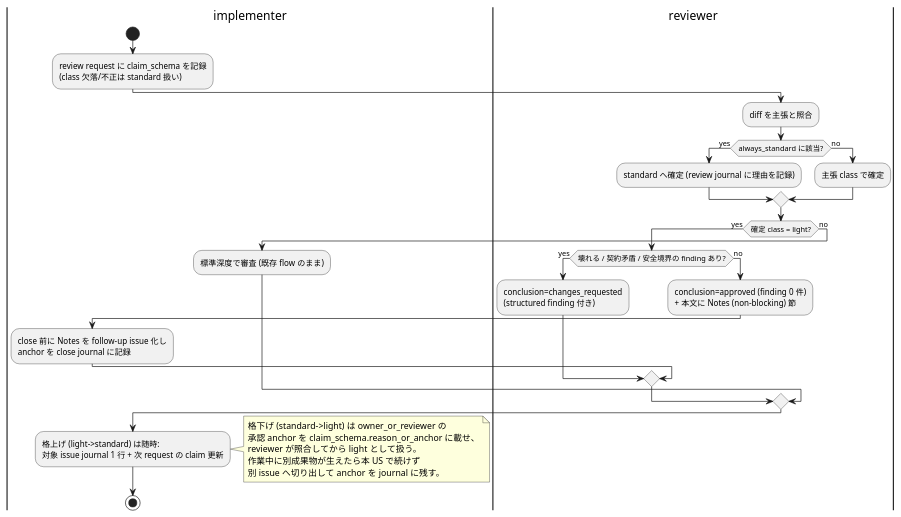
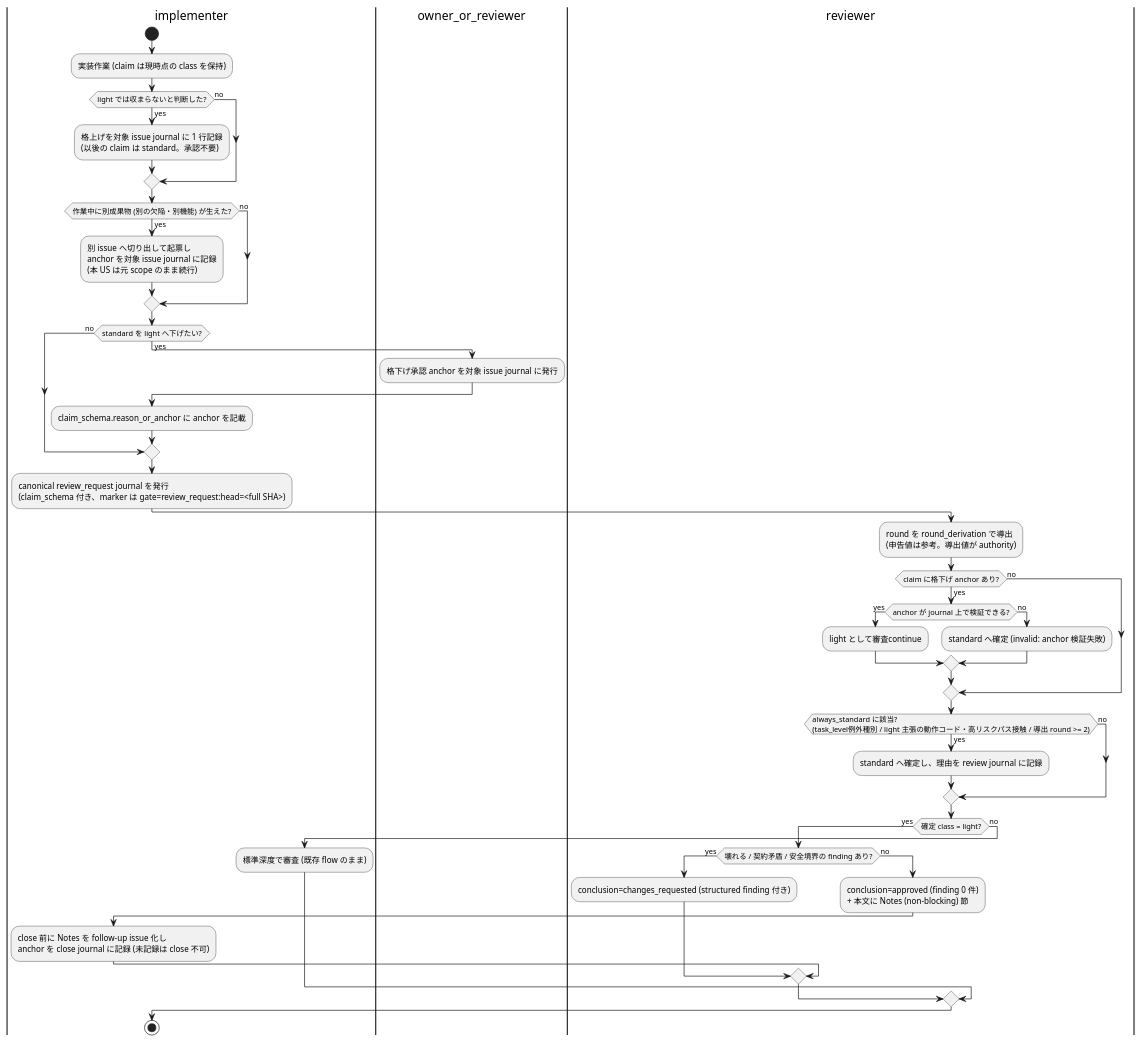
Before and after one commit to hollySizzle/mozyo_bridge: the diagram in vibes/docs/rules/agent-workflow.md, drawn with PlantUML. The commit also changed other lines of this file, not shown here.

Commit message:
issue_15547 R3: ordered reclassification branches and derived round authority
Review j#106438: escalation is now a mid-work decision branch (not an
unconditional post-review step), derivative split-out and de-escalation
are activities with their actors — the approval anchor is issued in the
owner_or_reviewer lane, cited in the claim, verified by the reviewer,
and verification failure lands on standard — and the round is no longer
self-claimed: the schema gains a round_derivation the reviewer executes
over the canonical request/result marker chain, with the derived value
overriding the claimed one. The R3 review request itself moves to the
canonical gate-marker producer, which this correction round adopts for
all future requests.

Refs: Redmine #15547
issue_15547

````diff
--- a/vibes/docs/rules/agent-workflow.md
+++ b/vibes/docs/rules/agent-workflow.md
@@ -244,40 +250,49 @@
 ```plantuml
 @startuml
 |implementer|
 start
-:review request に claim_schema を記録
-(class 欠落/不正は standard 扱い);
+:実装作業 (claim は現時点の class を保持);
+if (light では収まらないと判断した?) then (yes)
+  :格上げを対象 issue journal に 1 行記録\n(以後の claim は standard。承認不要);
+else (no)
+endif
+if (作業中に別成果物 (別の欠陥・別機能) が生えた?) then (yes)
+  :別 issue へ切り出して起票し\nanchor を対象 issue journal に記録\n(本 US は元 scope のまま続行);
+else (no)
+endif
+if (standard を light へ下げたい?) then (yes)
+  |owner_or_reviewer|
+  :格下げ承認 anchor を対象 issue journal に発行;
+  |implementer|
+  :claim_schema.reason_or_anchor に anchor を記載;
+else (no)
+endif
+:canonical review_request journal を発行\n(claim_schema 付き、marker は gate=review_request:head=<full SHA>);
 |reviewer|
-:diff を主張と照合;
-if (always_standard に該当?) then (yes)
-  :standard へ確定 (review journal に理由を記録);
+:round を round_derivation で導出\n(申告値は参考。導出値が authority);
+if (claim に格下げ anchor あり?) then (yes)
+  if (anchor が journal 上で検証できる?) then (yes)
+    :light として審査continue;
+  else (no)
+    :standard へ確定 (invalid: anchor 検証失敗);
+  endif
 else (no)
-  :主張 class で確定;
+endif
+if (always_standard に該当?\n(task_level例外種別 / light 主張の動作コード・高リスクパス接触 / 導出 round >= 2)) then (yes)
+  :standard へ確定し、理由を review journal に記録;
+else (no)
 endif
 if (確定 class = light?) then (yes)
   if (壊れる / 契約矛盾 / 安全境界の finding あり?) then (yes)
-    :conclusion=changes_requested
-(structured finding 付き);
+    :conclusion=changes_requested (structured finding 付き);
   else (no)
-    :conclusion=approved (finding 0 件)
-+ 本文に Notes (non-blocking) 節;
+    :conclusion=approved (finding 0 件)\n+ 本文に Notes (non-blocking) 節;
     |implementer|
-    :close 前に Notes を follow-up issue 化し
-anchor を close journal に記録;
+    :close 前に Notes を follow-up issue 化し\nanchor を close journal に記録 (未記録は close 不可);
   endif
 else (no)
   :標準深度で審査 (既存 flow のまま);
 endif
-|implementer|
-:格上げ (light->standard) は随時:
-対象 issue journal 1 行 + 次 request の claim 更新;
-note right
-  格下げ (standard->light) は owner_or_reviewer の
-  承認 anchor を claim_schema.reason_or_anchor に載せ、
-  reviewer が照合してから light として扱う。
-  作業中に別成果物が生えたら本 US で続けず
-  別 issue へ切り出して anchor を journal に残す。
-end note
 stop
 @enduml
 ```
````
